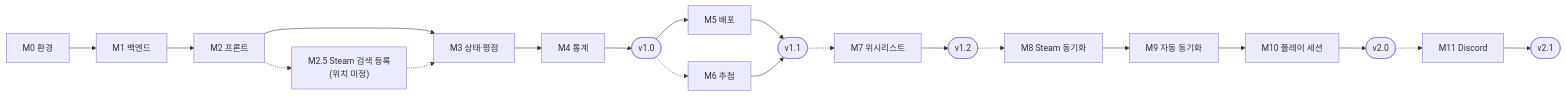
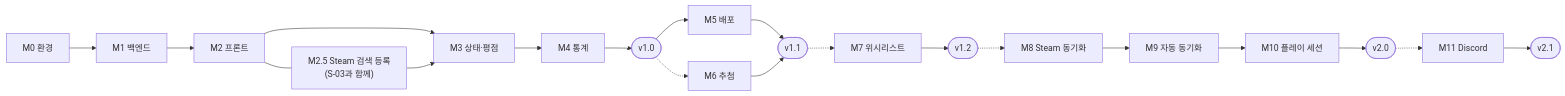
Before and after one commit to sagming40/PlayLedger: the diagram in docs/PLAN.md, drawn with Mermaid. The commit also changed other lines of this file and 8 other files, not shown here.

````diff
--- a/docs/PLAN.md
+++ b/docs/PLAN.md
@@ -452,12 +446,12 @@
 ```mermaid
 flowchart LR
     M0["M0 환경"] --> M1["M1 백엔드"] --> M2["M2 프론트"] --> M3["M3 상태·평점"] --> M4["M4 통계"] --> V10(["v1.0"])
-    M2 -.-> M25["M2.5 Steam 검색 등록<br/>(위치 미정)"] -.-> M3
+    M2 --- M25["M2.5 Steam 검색 등록<br/>(S-03과 함께)"] --> M3
     V10 --> M5["M5 배포"]
     V10 -.-> M6["M6 추첨"]
     M5 --> V11(["v1.1"])
     M6 --> V11
     V11 -.-> M7["M7 위시리스트"] --> V12(["v1.2"])
     V12 -.-> M8["M8 Steam 동기화"] --> M9["M9 자동 동기화"] --> M10["M10 플레이 세션"] --> V20(["v2.0"])
     V20 -.-> M11["M11 Discord"] --> V21(["v2.1"])
 ```
````
